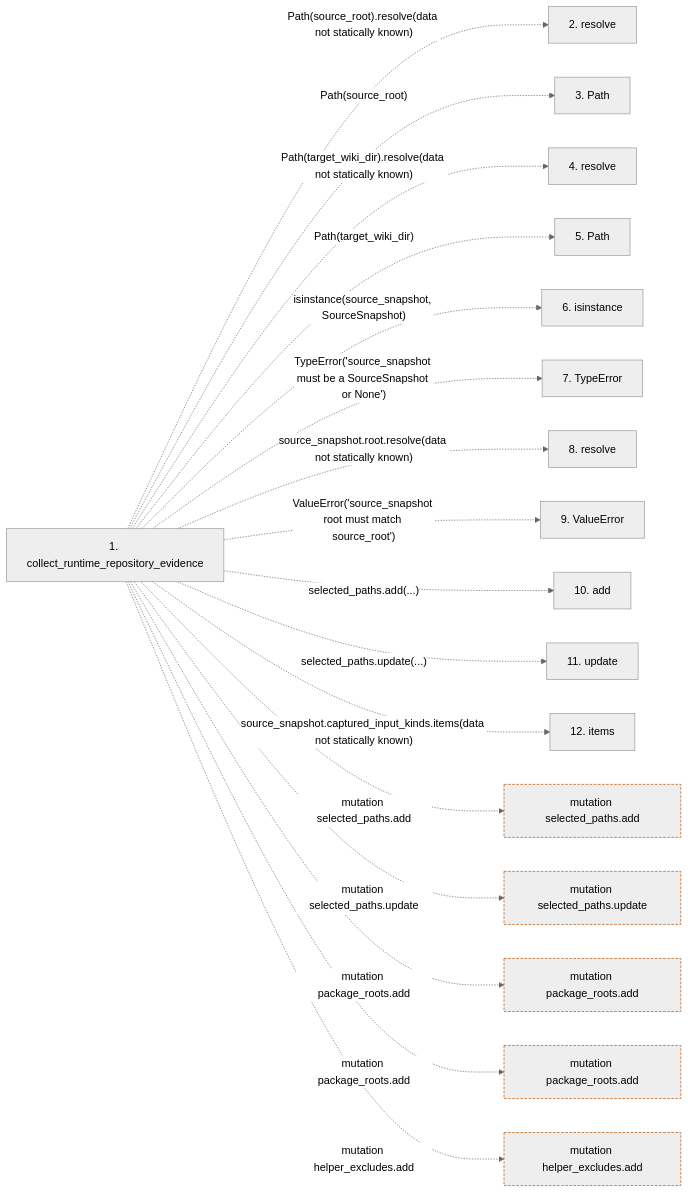
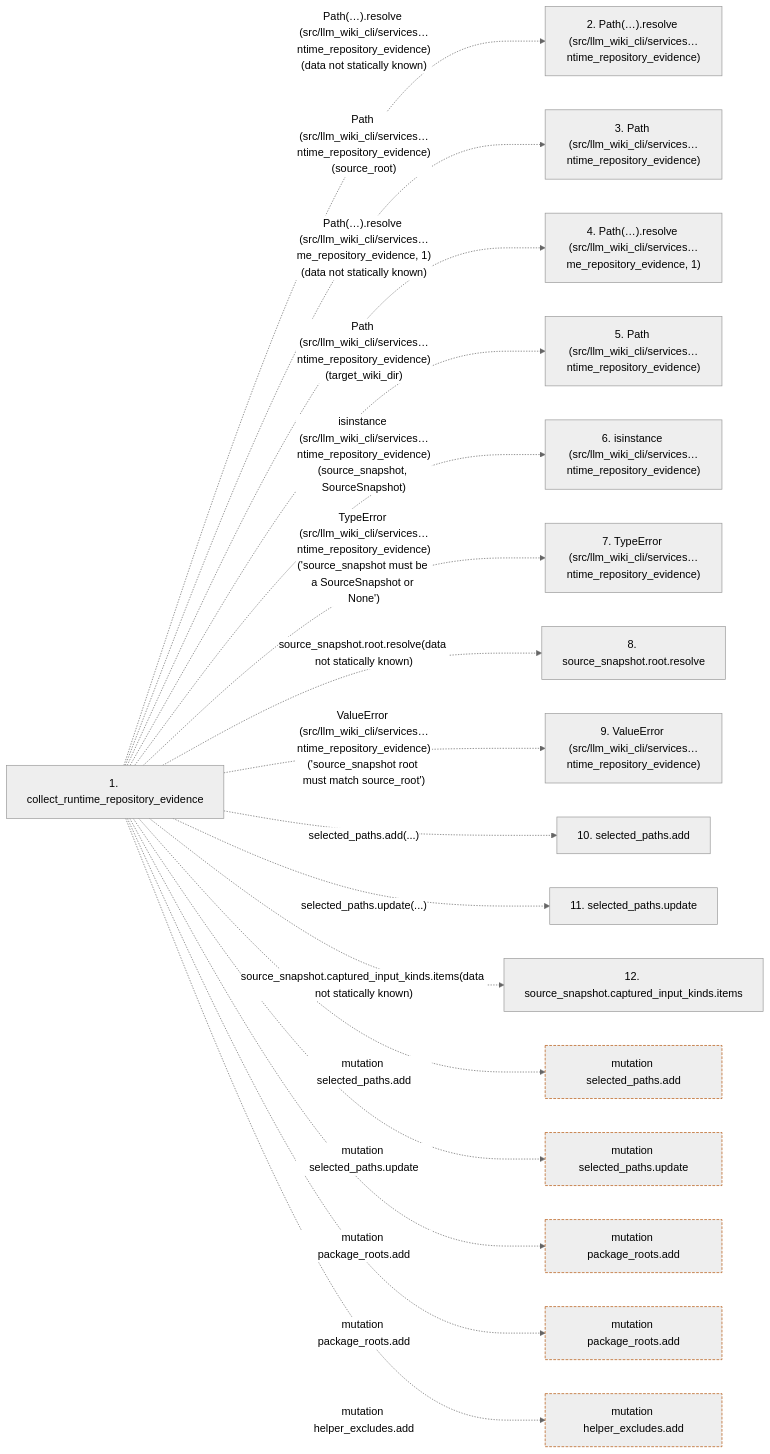
The second of 2 diagrams in docs/llm_wiki/flows/api-collect_runtime_repository_evidence.md (Denissvgn/python-wiki-llm), drawn with Mermaid (neutral theme) before and after one commit. The commit also changed other lines of this file and 719 other files, not shown here.

````diff
--- a/docs/llm_wiki/flows/api-collect_runtime_repository_evidence.md
+++ b/docs/llm_wiki/flows/api-collect_runtime_repository_evidence.md
@@ -71,43 +75,43 @@
 ```mermaid
 flowchart LR
     s1["1. collect_runtime_repository_evidence"]
-    s2["2. resolve"]
-    s3["3. Path"]
-    s4["4. resolve"]
-    s5["5. Path"]
-    s6["6. isinstance"]
-    s7["7. TypeError"]
-    s8["8. resolve"]
-    s9["9. ValueError"]
-    s10["10. add"]
-    s11["11. update"]
-    s12["12. items"]
-    s1 -. "Path(source_root).resolve(data not statically known)" .-> s2
-    s1 -. "Path(source_root)" .-> s3
-    s1 -. "Path(target_wiki_dir).resolve(data not statically known)" .-> s4
-    s1 -. "Path(target_wiki_dir)" .-> s5
-    s1 -. "isinstance(source_snapshot, SourceSnapshot)" .-> s6
-    s1 -. "TypeError('source_snapshot must be a SourceSnapshot or None')" .-> s7
+    s2["2. Path(…).resolve (src/llm_wiki_cli/services…ntime_repository_evidence)"]
+    s3["3. Path (src/llm_wiki_cli/services…ntime_repository_evidence)"]
+    s4["4. Path(…).resolve (src/llm_wiki_cli/services…me_repository_evidence, 1)"]
+    s5["5. Path (src/llm_wiki_cli/services…ntime_repository_evidence)"]
+    s6["6. isinstance (src/llm_wiki_cli/services…ntime_repository_evidence)"]
+    s7["7. TypeError (src/llm_wiki_cli/services…ntime_repository_evidence)"]
+    s8["8. source_snapshot.root.resolve"]
+    s9["9. ValueError (src/llm_wiki_cli/services…ntime_repository_evidence)"]
+    s10["10. selected_paths.add"]
+    s11["11. selected_paths.update"]
+    s12["12. source_snapshot.captured_input_kinds.items"]
+    s1 -. "Path(…).resolve (src/llm_wiki_cli/services…ntime_repository_evidence)(data not statically known)" .-> s2
+    s1 -. "Path (src/llm_wiki_cli/services…ntime_repository_evidence)(source_root)" .-> s3
+    s1 -. "Path(…).resolve (src/llm_wiki_cli/services…me_repository_evidence, 1)(data not statically known)" .-> s4
+    s1 -. "Path (src/llm_wiki_cli/services…ntime_repository_evidence)(target_wiki_dir)" .-> s5
+    s1 -. "isinstance (src/llm_wiki_cli/services…ntime_repository_evidence)(source_snapshot, SourceSnapshot)" .-> s6
+    s1 -. "TypeError (src/llm_wiki_cli/services…ntime_repository_evidence)('source_snapshot must be a SourceSnapshot or None')" .-> s7
     s1 -. "source_snapshot.root.resolve(data not statically known)" .-> s8
-    s1 -. "ValueError('source_snapshot root must match source_root')" .-> s9
+    s1 -. "ValueError (src/llm_wiki_cli/services…ntime_repository_evidence)('source_snapshot root must match source_root')" .-> s9
     s1 -. "selected_paths.add(...)" .-> s10
     s1 -. "selected_paths.update(...)" .-> s11
     s1 -. "source_snapshot.captured_input_kinds.items(data not statically known)" .-> s12
     b0["mutation selected_paths.add"]
     s1 -. "mutation selected_paths.add" .-> b0
     b1["mutation selected_paths.update"]
     s1 -. "mutation selected_paths.update" .-> b1
     b2["mutation package_roots.add"]
     s1 -. "mutation package_roots.add" .-> b2
     b3["mutation package_roots.add"]
     s1 -. "mutation package_roots.add" .-> b3
     b4["mutation helper_excludes.add"]
     s1 -. "mutation helper_excludes.add" .-> b4
     click s1 "../modules/knowledge_orchestration.md"
     classDef boundary stroke:#b45309,stroke-dasharray: 4 2
     class b0 boundary
     class b1 boundary
     class b2 boundary
     class b3 boundary
     class b4 boundary
 ```
````
